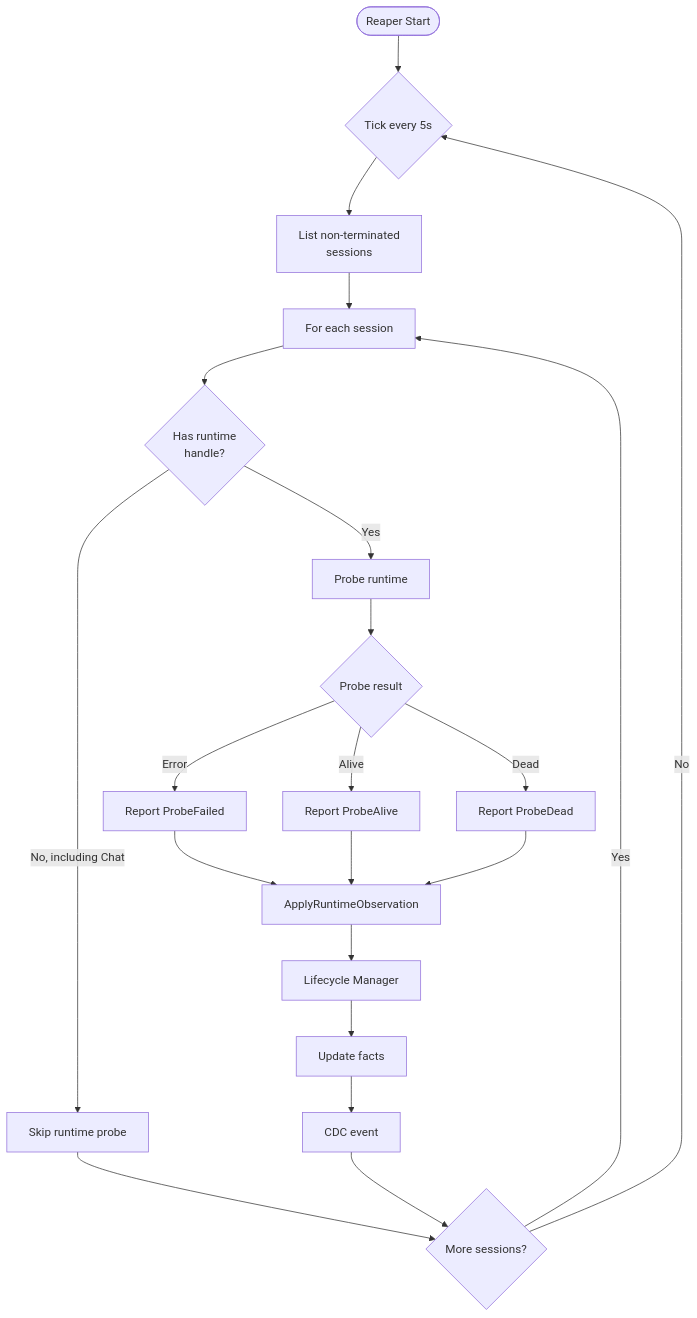
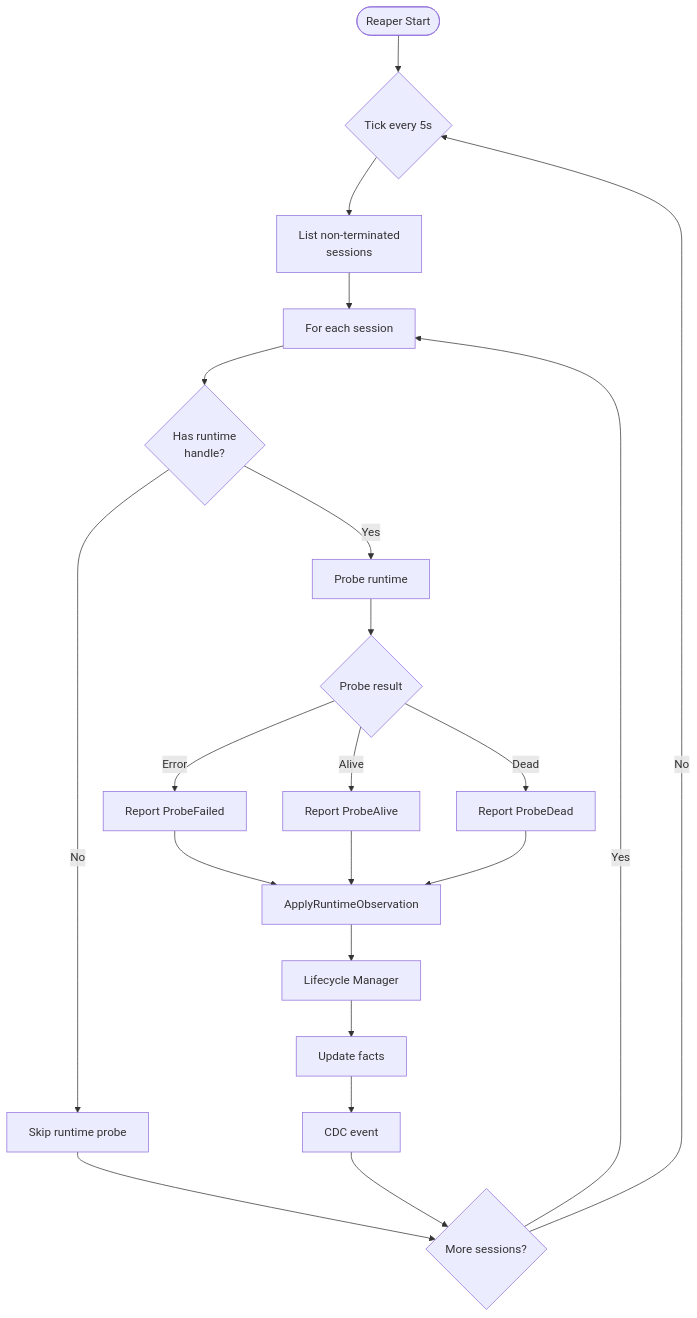
Before and after one commit to OmarAly92/Operator: diagram 18 of 23 in docs/architecture.md, drawn with Mermaid. The commit also changed other lines of this file and 38 other files, not shown here.

````diff
--- a/docs/architecture.md
+++ b/docs/architecture.md
@@ -685,30 +654,30 @@
 ```mermaid
 flowchart TD
     Start([Reaper Start]) --> Loop{Tick every 5s}
 
     Loop --> List[List non-terminated<br/>sessions]
     List --> ForEach[For each session]
 
     ForEach --> GetHandle{Has runtime<br/>handle?}
-    GetHandle -->|No, including Chat| Skip[Skip runtime probe]
+    GetHandle -->|No| Skip[Skip runtime probe]
     GetHandle -->|Yes| Probe[Probe runtime]
 
     Probe --> Result{Probe result}
     Result -->|Error| ReportFailed[Report ProbeFailed]
     Result -->|Alive| ReportAlive[Report ProbeAlive]
     Result -->|Dead| ReportDead[Report ProbeDead]
 
     ReportFailed --> Apply[ApplyRuntimeObservation]
     ReportAlive --> Apply
     ReportDead --> Apply
 
     Apply --> LCM[Lifecycle Manager]
     LCM --> Update[Update facts]
     Update --> CDC[CDC event]
 
     Skip --> NextSession{More sessions?}
     CDC --> NextSession
     NextSession -->|Yes| ForEach
     NextSession -->|No| Loop
 
 ```
````
